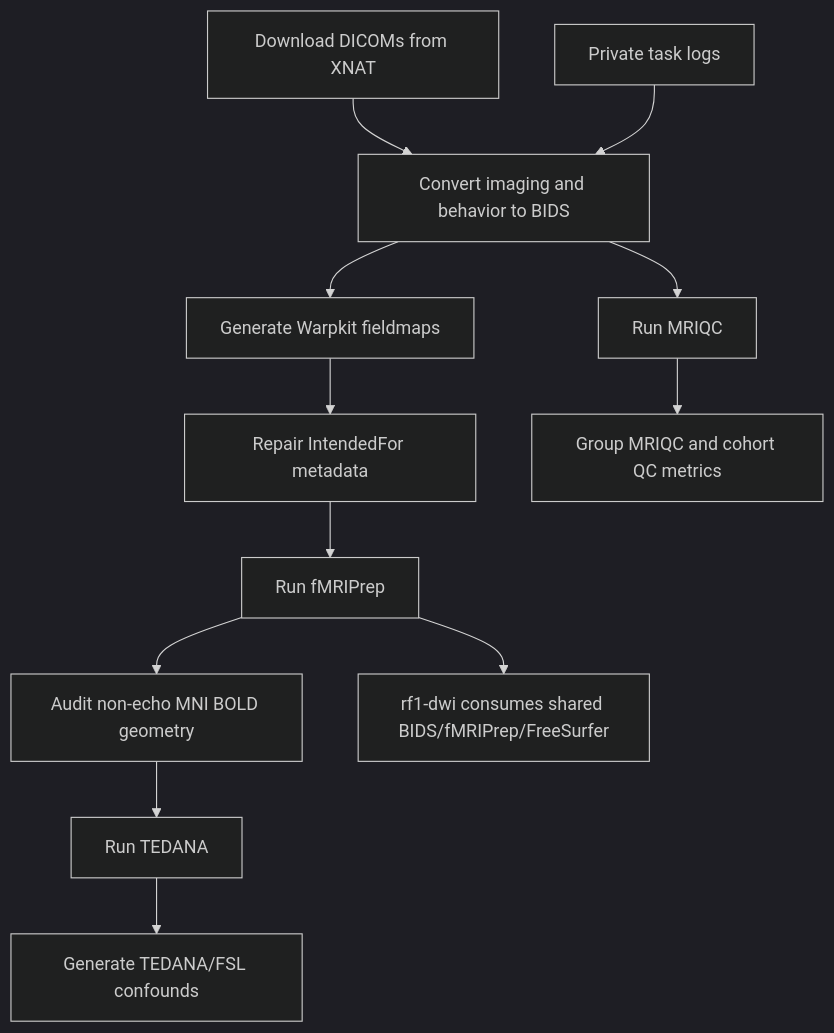
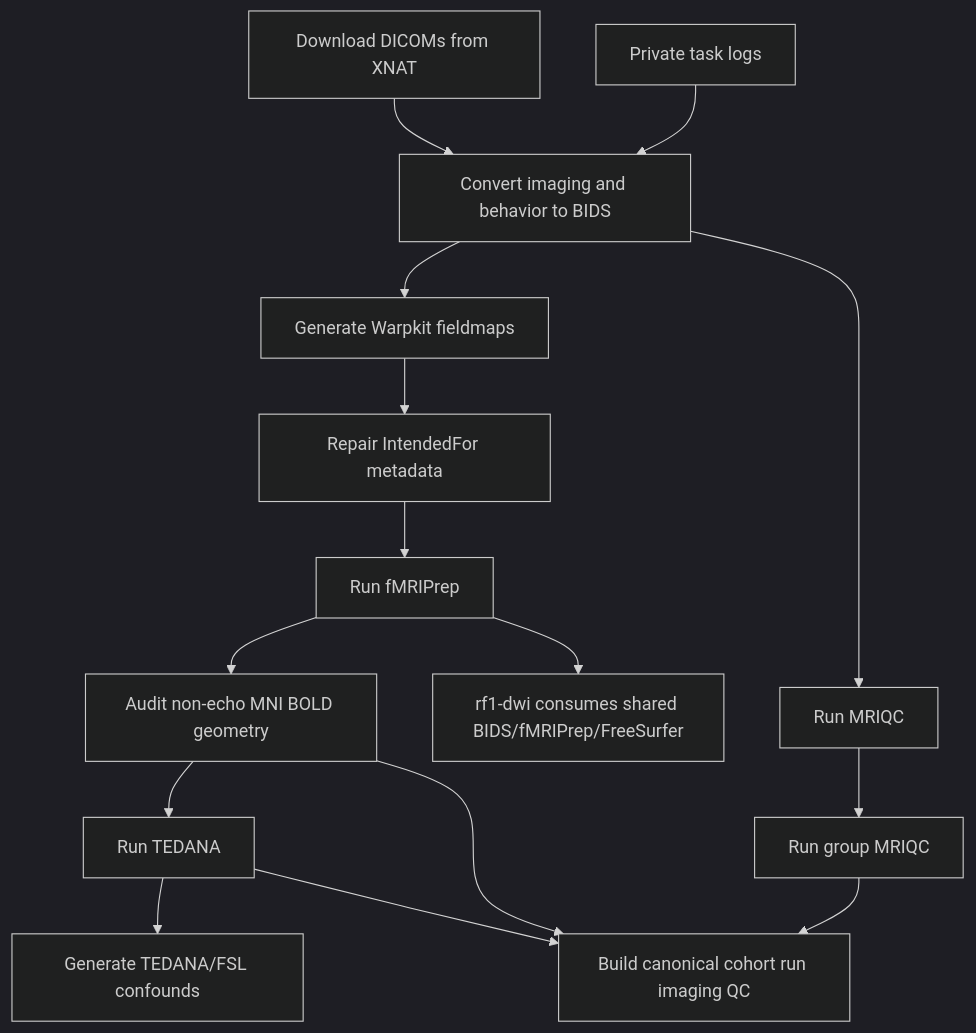
The diagram in README.md (DVS-Lab/rf1-sra-linux2), drawn with Mermaid (dark theme) before and after one commit. The commit also changed other lines of this file and 11 other files, not shown here.

Commit message:
Add canonical cohort run imaging QC

````diff
--- a/README.md
+++ b/README.md
@@ -88,14 +90,17 @@
 ```mermaid
 flowchart TD
   A["Download DICOMs from XNAT"] --> B["Convert imaging and behavior to BIDS"]
   K["Private task logs"] --> B
   B --> C["Generate Warpkit fieldmaps"]
   C --> D["Repair IntendedFor metadata"]
   D --> E["Run fMRIPrep"]
   E --> L["Audit non-echo MNI BOLD geometry"]
   L --> F["Run TEDANA"]
   F --> G["Generate TEDANA/FSL confounds"]
   B --> H["Run MRIQC"]
-  H --> I["Group MRIQC and cohort QC metrics"]
+  H --> I["Run group MRIQC"]
+  I --> M["Build canonical cohort run imaging QC"]
+  L --> M
+  F --> M
   E --> J["rf1-dwi consumes shared BIDS/fMRIPrep/FreeSurfer"]
 ```
````
